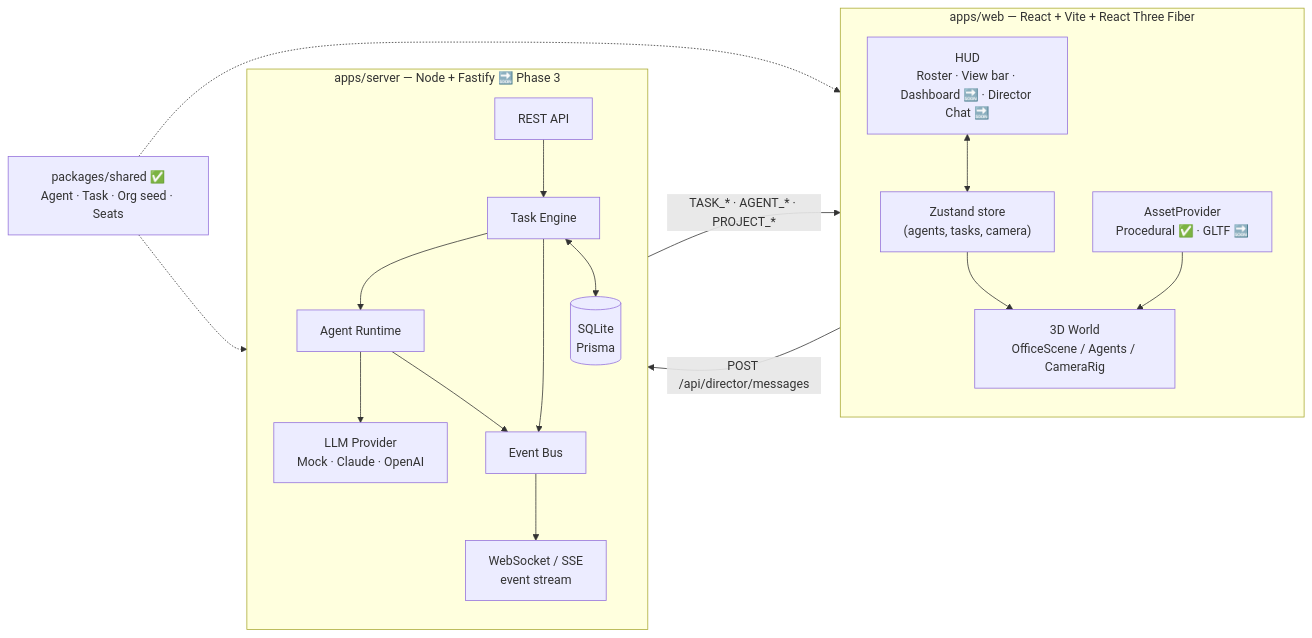
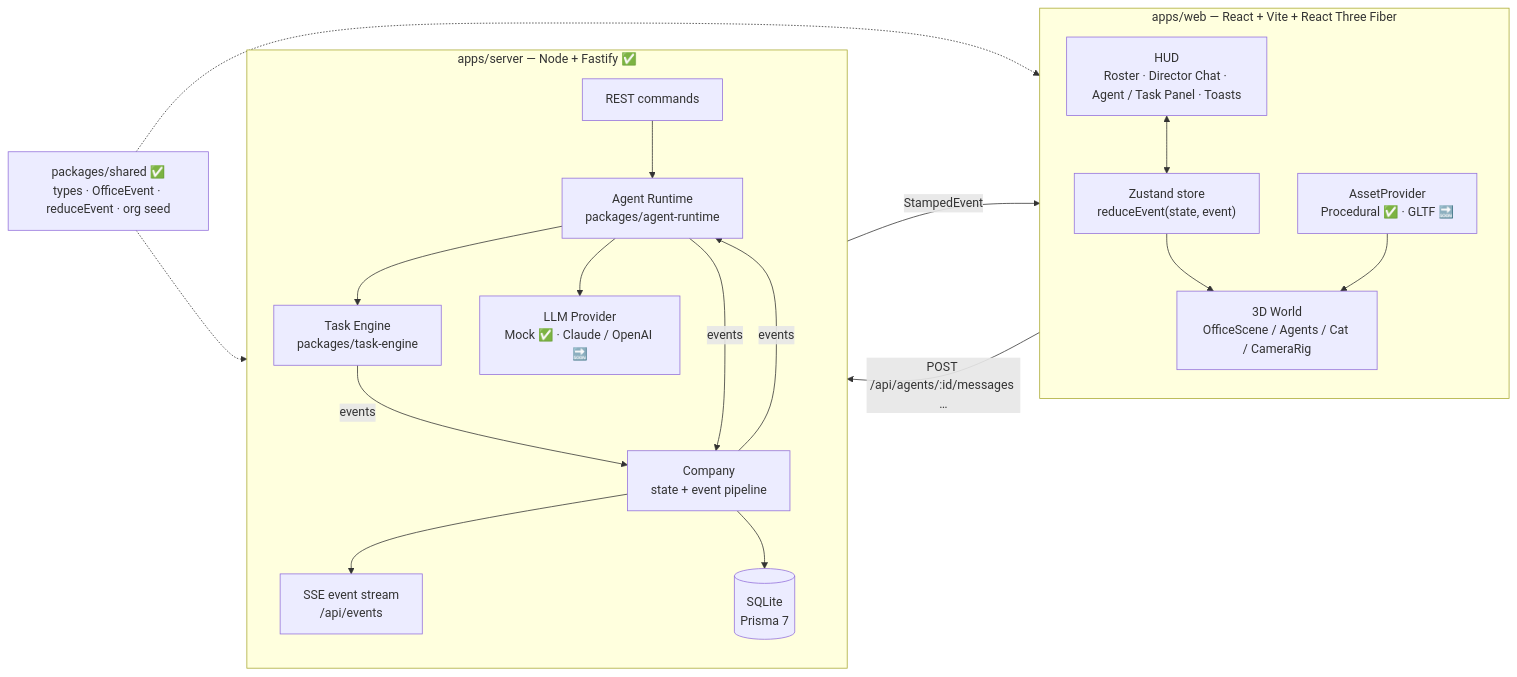
One commit to F64081169/3d-office changed the first of 5 diagrams in docs/architecture.md. Above: the diagram before and after it, drawn with Mermaid. The commit also changed other lines of this file and 55 other files, not shown here.

````diff
--- a/docs/architecture.md
+++ b/docs/architecture.md
@@ -14,38 +14,39 @@
 ```mermaid
 flowchart LR
   subgraph Browser["apps/web — React + Vite + React Three Fiber"]
     direction TB
-    HUD["HUD<br/>Roster · View bar · Dashboard 🔜 · Director Chat 🔜"]
-    Store["Zustand store<br/>(agents, tasks, camera)"]
-    World["3D World<br/>OfficeScene / Agents / CameraRig"]
+    HUD["HUD<br/>Roster · Director Chat · Agent / Task Panel · Toasts"]
+    Store["Zustand store<br/>reduceEvent(state, event)"]
+    World["3D World<br/>OfficeScene / Agents / Cat / CameraRig"]
     Assets["AssetProvider<br/>Procedural ✅ · GLTF 🔜"]
     HUD <--> Store
     Store --> World
     Assets --> World
   end
 
-  subgraph Server["apps/server — Node + Fastify 🔜 Phase 3"]
+  subgraph Server["apps/server — Node + Fastify ✅"]
     direction TB
-    API["REST API"]
-    WS["WebSocket / SSE<br/>event stream"]
-    TE["Task Engine"]
-    RT["Agent Runtime"]
-    EB["Event Bus"]
-    LLM["LLM Provider<br/>Mock · Claude · OpenAI"]
-    DB[("SQLite<br/>Prisma")]
-    API --> TE
-    TE --> RT
+    API["REST commands"]
+    SSE["SSE event stream<br/>/api/events"]
+    CO["Company<br/>state + event pipeline"]
+    RT["Agent Runtime<br/>packages/agent-runtime"]
+    TE["Task Engine<br/>packages/task-engine"]
+    LLM["LLM Provider<br/>Mock ✅ · Claude / OpenAI 🔜"]
+    DB[("SQLite<br/>Prisma 7")]
+    API --> RT
+    RT --> TE
     RT --> LLM
-    TE --> EB
-    RT --> EB
-    TE <--> DB
-    EB --> WS
+    TE -- events --> CO
+    RT -- events --> CO
+    CO --> SSE
+    CO --> DB
+    CO -- events --> RT
   end
 
-  Shared["packages/shared ✅<br/>Agent · Task · Org seed · Seats"]
+  Shared["packages/shared ✅<br/>types · OfficeEvent · reduceEvent · org seed"]
 
-  HUD -- "POST /api/director/messages" --> API
-  WS -- "TASK_* · AGENT_* · PROJECT_*" --> Store
+  HUD -- "POST /api/agents/:id/messages …" --> API
+  SSE -- "StampedEvent" --> Store
   Shared -.-> Browser
   Shared -.-> Server
 ```
````
